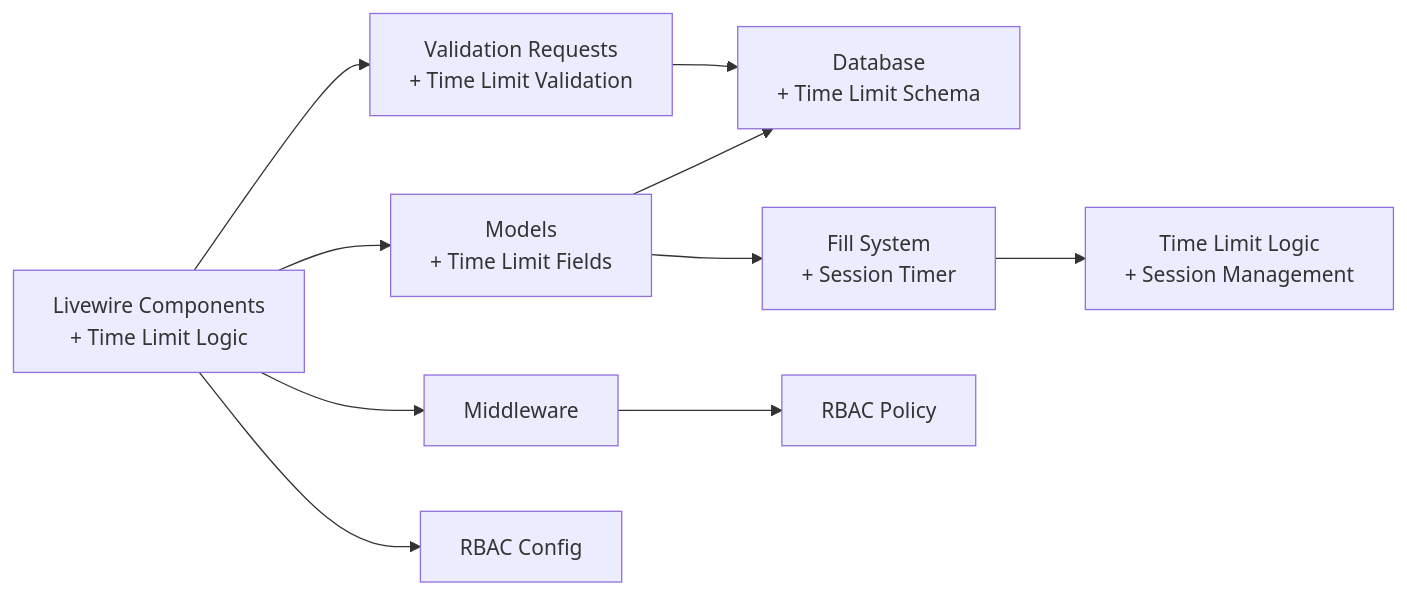
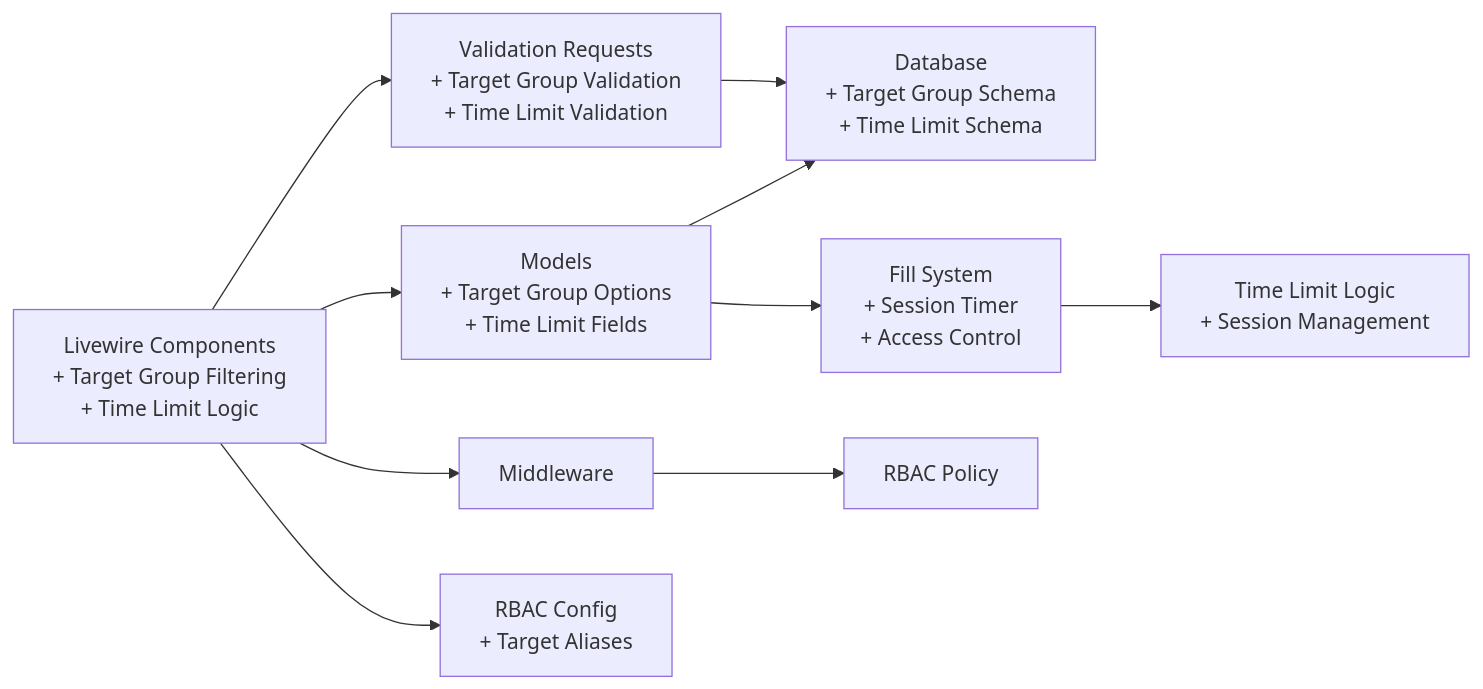
Before and after one commit to rudicatsmile/assesment360: diagram 11 of 11 in .qoder/repowiki/en/content/Livewire Components/Admin Components.md, drawn with Mermaid. The commit also changed other lines of this file and 5 other files, not shown here.

````diff
--- a/.qoder/repowiki/en/content/Livewire Components/Admin Components.md
+++ b/.qoder/repowiki/en/content/Livewire Components/Admin Components.md
@@ -476,12 +496,12 @@
 ```mermaid
 graph LR
-LW["Livewire Components<br/>+ Time Limit Logic"] --> M["Models<br/>+ Time Limit Fields"]
-LW --> RQ["Validation Requests<br/>+ Time Limit Validation"]
+LW["Livewire Components<br/>+ Target Group Filtering<br/>+ Time Limit Logic"] --> M["Models<br/>+ Target Group Options<br/>+ Time Limit Fields"]
+LW --> RQ["Validation Requests<br/>+ Target Group Validation<br/>+ Time Limit Validation"]
 LW --> MW["Middleware"]
-LW --> CFG["RBAC Config"]
-M --> DB["Database<br/>+ Time Limit Schema"]
-M --> FILL["Fill System<br/>+ Session Timer"]
+LW --> CFG["RBAC Config<br/>+ Target Aliases"]
+M --> DB["Database<br/>+ Target Group Schema<br/>+ Time Limit Schema"]
+M --> FILL["Fill System<br/>+ Session Timer<br/>+ Access Control"]
 RQ --> DB
 MW --> RBAC["RBAC Policy"]
 FILL --> TIME["Time Limit Logic<br/>+ Session Management"]
 ```
````
